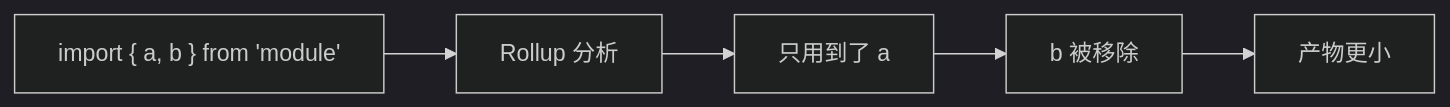
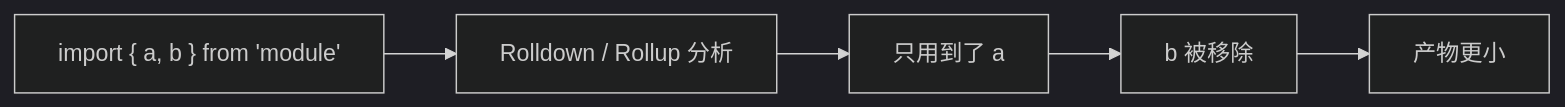
The second of 3 diagrams in content/Js/tools/build/vite/Chapter-12-Production-Build-Optimization.md (before80/prgms), drawn with Mermaid (dark theme) before and after one commit. The commit also changed other lines of this file and 4787 other files, not shown here.

````diff
--- a/content/Js/tools/build/vite/Chapter-12-Production-Build-Optimization.md
+++ b/content/Js/tools/build/vite/Chapter-12-Production-Build-Optimization.md
@@ -584,7 +583,7 @@
 ```mermaid
 flowchart LR
-    A["import { a, b } from 'module'"] --> B["Rollup 分析"]
+    A["import { a, b } from 'module'"] --> B["Rolldown / Rollup 分析"]
     B --> C["只用到了 a"]
     C --> D["b 被移除"]
     D --> E["产物更小"]
 ```
````
